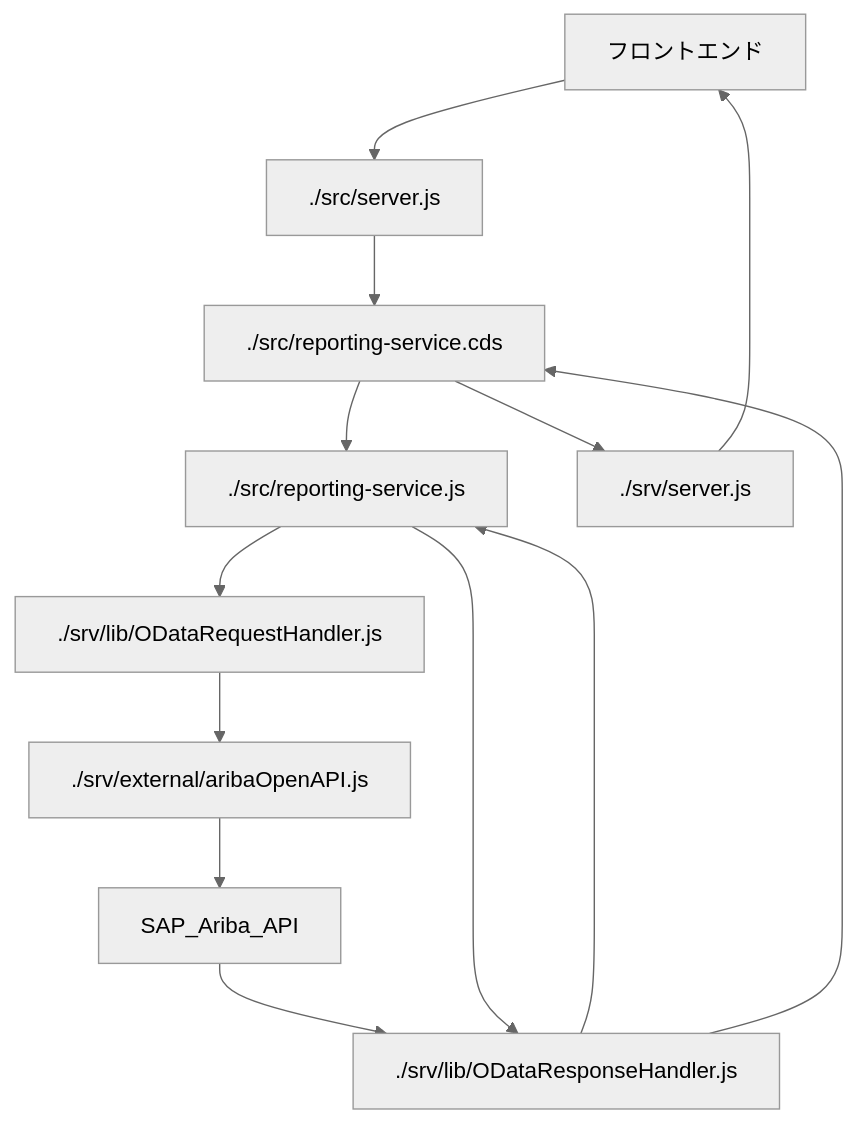
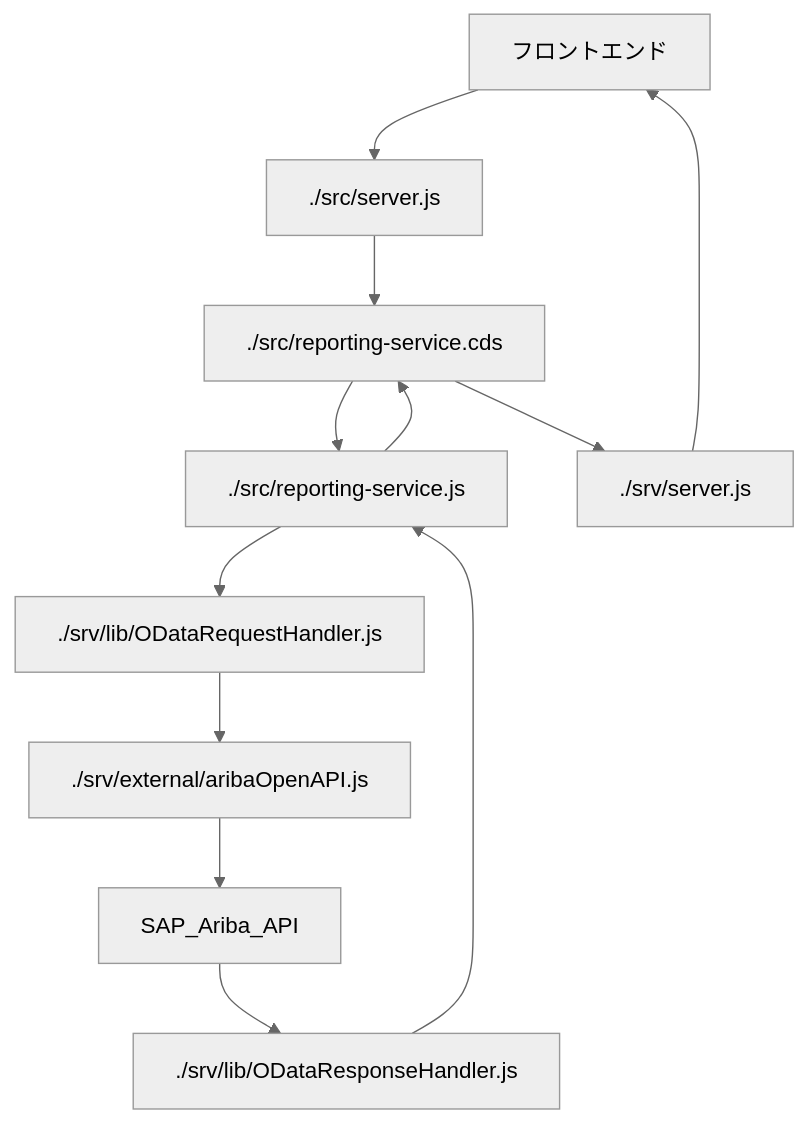
One commit to watwatwhat/ariba_BTPextension_HandsOn changed the diagram in 03_コラム/02_ApplicationLogic.md. Above: the diagram before and after it, drawn with Mermaid (neutral theme).

````diff
--- a/03_コラム/02_ApplicationLogic.md
+++ b/03_コラム/02_ApplicationLogic.md
@@ -34,15 +34,14 @@
 ```mermaid
 graph TD;
     フロントエンド-->./src/server.js;
     ./src/server.js-->./src/reporting-service.cds;
     ./src/reporting-service.cds-->./src/reporting-service.js;
     ./src/reporting-service.js-->./srv/lib/ODataRequestHandler.js
     ./srv/lib/ODataRequestHandler.js-->./srv/external/aribaOpenAPI.js;
     ./srv/external/aribaOpenAPI.js-->SAP_Ariba_API;
     SAP_Ariba_API-->./srv/lib/ODataResponseHandler.js;
     ./srv/lib/ODataResponseHandler.js-->./src/reporting-service.js;
-    ./src/reporting-service.js-->./srv/lib/ODataResponseHandler.js;
-    ./srv/lib/ODataResponseHandler.js-->./src/reporting-service.cds;
+    ./src/reporting-service.js-->./src/reporting-service.cds;
     ./src/reporting-service.cds-->./srv/server.js;
     ./srv/server.js-->フロントエンド;
 ```
````
